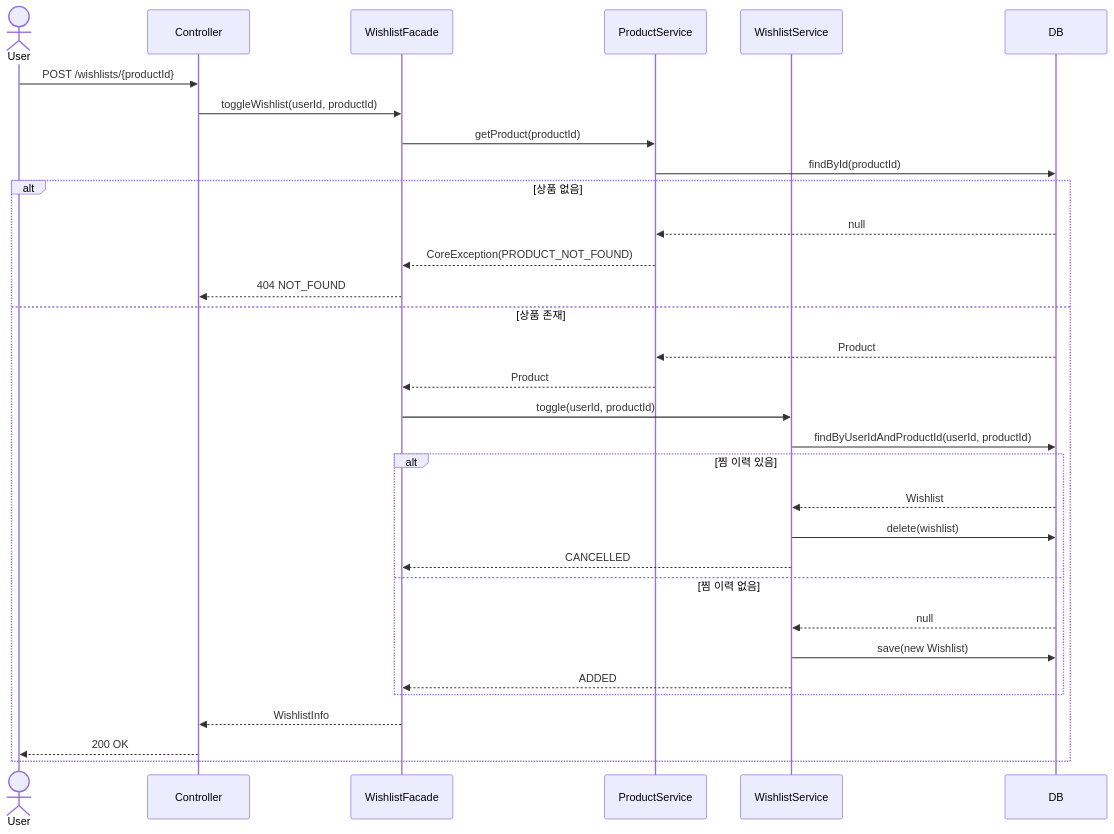
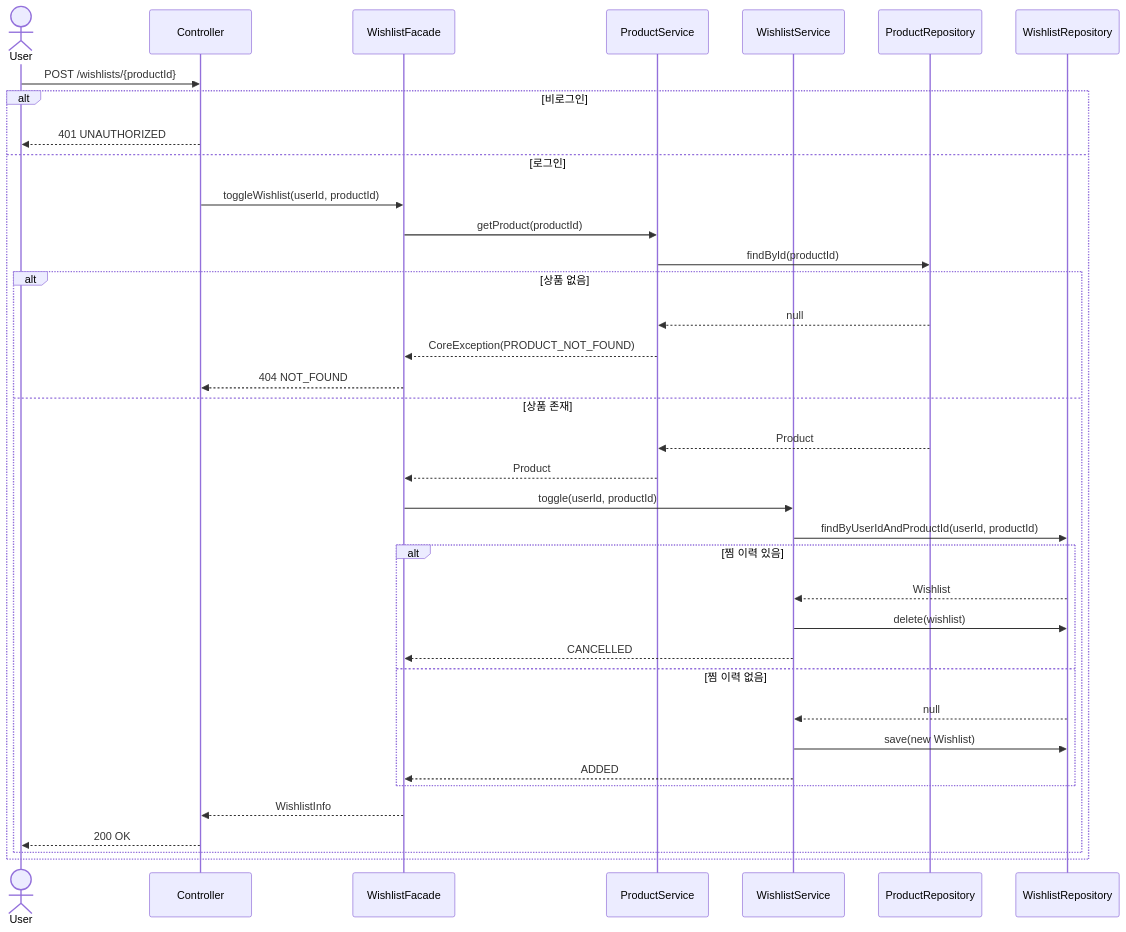
One commit to loopers-labs/loop-pack-be-l2-vol4-java changed the first of 4 diagrams in docs/design/02-sequence-diagrams.md. Above: the diagram before and after it, drawn with Mermaid. The commit also changed other lines of this file, not shown here.

Commit message:
docs : 시퀸스 다이어그램 작성

````diff
--- a/docs/design/02-sequence-diagrams.md
+++ b/docs/design/02-sequence-diagrams.md
@@ -13,40 +7,46 @@
 ```mermaid
 sequenceDiagram
     actor User
     participant Controller
     participant WishlistFacade
     participant ProductService
     participant WishlistService
-    participant DB
+    participant ProductRepository
+    participant WishlistRepository
 
     User->>Controller: POST /wishlists/{productId}
-    Controller->>WishlistFacade: toggleWishlist(userId, productId)
 
-    WishlistFacade->>ProductService: getProduct(productId)
-    ProductService->>DB: findById(productId)
+    alt 비로그인
+        Controller-->>User: 401 UNAUTHORIZED
+    else 로그인
+        Controller->>WishlistFacade: toggleWishlist(userId, productId)
 
-    alt 상품 없음
-        DB-->>ProductService: null
-        ProductService-->>WishlistFacade: CoreException(PRODUCT_NOT_FOUND)
-        WishlistFacade-->>Controller: 404 NOT_FOUND
-    else 상품 존재
-        DB-->>ProductService: Product
-        ProductService-->>WishlistFacade: Product
+        WishlistFacade->>ProductService: getProduct(productId)
+        ProductService->>ProductRepository: findById(productId)
 
-        WishlistFacade->>WishlistService: toggle(userId, productId)
-        WishlistService->>DB: findByUserIdAndProductId(userId, productId)
+        alt 상품 없음
+            ProductRepository-->>ProductService: null
+            ProductService-->>WishlistFacade: CoreException(PRODUCT_NOT_FOUND)
+            WishlistFacade-->>Controller: 404 NOT_FOUND
+        else 상품 존재
+            ProductRepository-->>ProductService: Product
+            ProductService-->>WishlistFacade: Product
 
-        alt 찜 이력 있음
-            DB-->>WishlistService: Wishlist
-            WishlistService->>DB: delete(wishlist)
-            WishlistService-->>WishlistFacade: CANCELLED
-        else 찜 이력 없음
-            DB-->>WishlistService: null
-            WishlistService->>DB: save(new Wishlist)
-            WishlistService-->>WishlistFacade: ADDED
+            WishlistFacade->>WishlistService: toggle(userId, productId)
+            WishlistService->>WishlistRepository: findByUserIdAndProductId(userId, productId)
+
+            alt 찜 이력 있음
+                WishlistRepository-->>WishlistService: Wishlist
+                WishlistService->>WishlistRepository: delete(wishlist)
+                WishlistService-->>WishlistFacade: CANCELLED
+            else 찜 이력 없음
+                WishlistRepository-->>WishlistService: null
+                WishlistService->>WishlistRepository: save(new Wishlist)
+                WishlistService-->>WishlistFacade: ADDED
+            end
+
+            WishlistFacade-->>Controller: WishlistInfo
+            Controller-->>User: 200 OK
         end
-
-        WishlistFacade-->>Controller: WishlistInfo
-        Controller-->>User: 200 OK
     end
 ```
````
